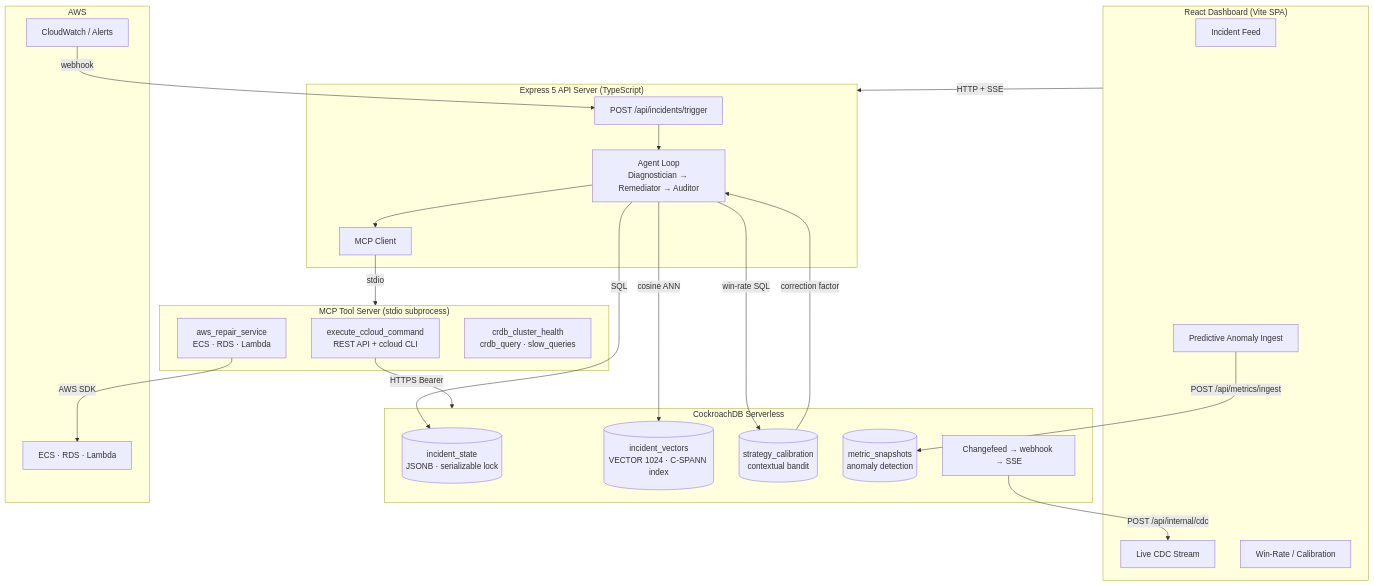
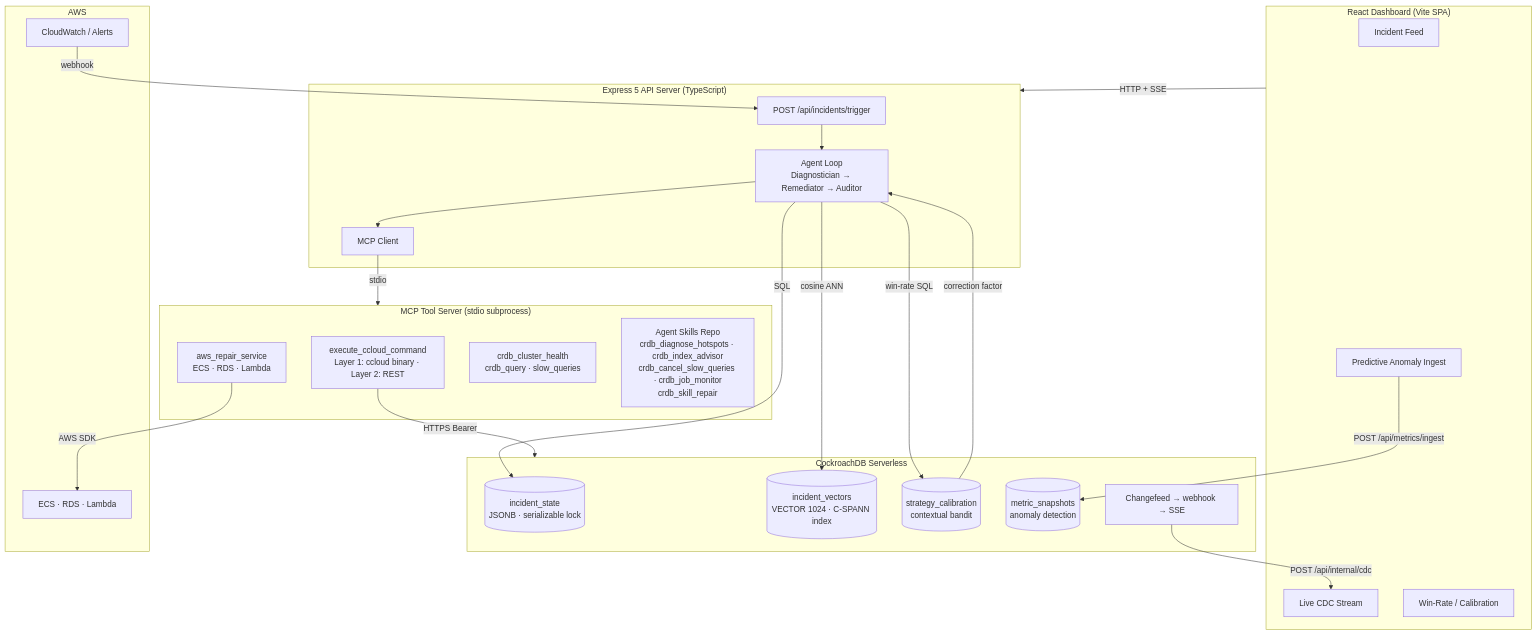
One commit to akollad/Cloud-Surgeon changed the diagram in README.md. Above: the diagram before and after it, drawn with Mermaid. The commit also changed other lines of this file and 1 other file, not shown here.

````diff
--- a/README.md
+++ b/README.md
@@ -182,48 +248,49 @@
 ```mermaid
 graph TB
     subgraph UI["React Dashboard (Vite SPA)"]
         A[Incident Feed]
         B[Live CDC Stream]
         C[Win-Rate / Calibration]
         D[Predictive Anomaly Ingest]
     end
 
     subgraph API["Express 5 API Server (TypeScript)"]
         E[POST /api/incidents/trigger]
         F[Agent Loop<br/>Diagnostician → Remediator → Auditor]
         G[MCP Client]
     end
 
     subgraph MCP["MCP Tool Server (stdio subprocess)"]
-        H[execute_ccloud_command<br/>REST API + ccloud CLI]
+        H[execute_ccloud_command<br/>Layer 1: ccloud binary · Layer 2: REST]
         I[aws_repair_service<br/>ECS · RDS · Lambda]
         J[crdb_cluster_health<br/>crdb_query · slow_queries]
+        K2[Agent Skills Repo<br/>crdb_diagnose_hotspots · crdb_index_advisor<br/>crdb_cancel_slow_queries · crdb_job_monitor<br/>crdb_skill_repair]
     end
 
     subgraph CRDB["CockroachDB Serverless"]
         K[(incident_state<br/>JSONB · serializable lock)]
         L[(incident_vectors<br/>VECTOR 1024 · C-SPANN index)]
         M[(strategy_calibration<br/>contextual bandit)]
         N[(metric_snapshots<br/>anomaly detection)]
         O[Changefeed → webhook → SSE]
     end
 
     subgraph AWS["AWS"]
         P[ECS · RDS · Lambda]
         Q[CloudWatch / Alerts]
     end
 
     UI -->|HTTP + SSE| API
     Q -->|webhook| E
     E --> F
     F --> G
     G -->|stdio| MCP
     H -->|HTTPS Bearer| CRDB
     I -->|AWS SDK| P
     F -->|SQL| K
     F -->|cosine ANN| L
     F -->|win-rate SQL| M
     D -->|POST /api/metrics/ingest| N
     O -->|POST /api/internal/cdc| B
     M -->|correction factor| F
 ```
````
